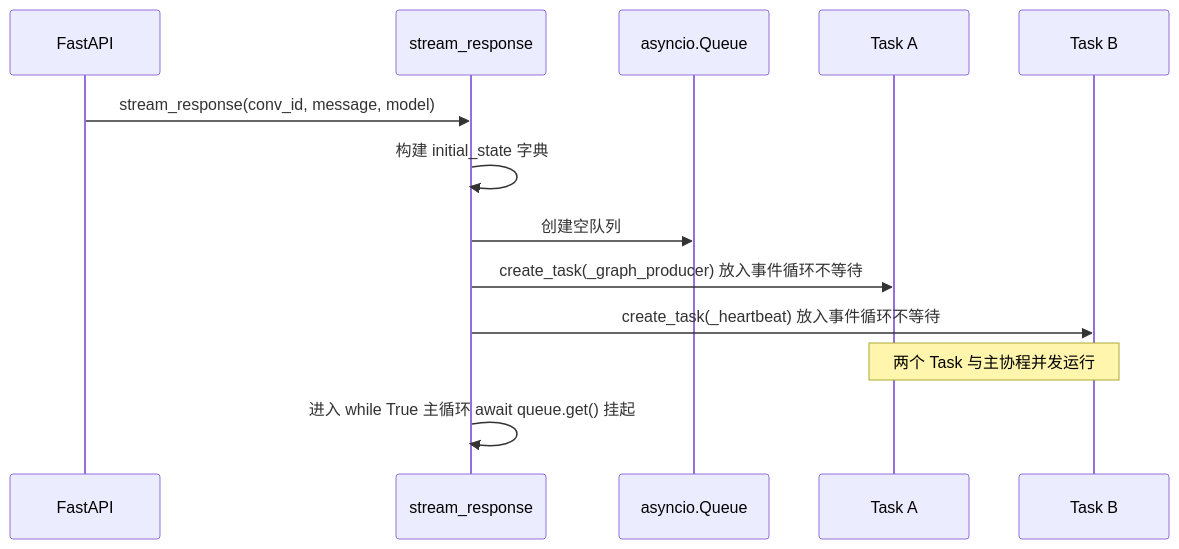
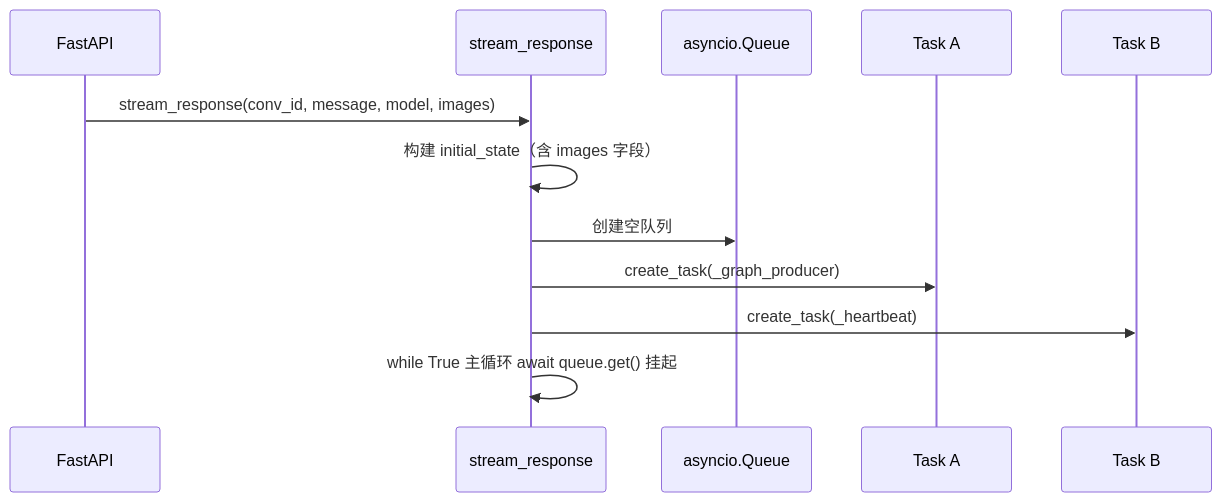
One commit to toolclub/wechat changed the seventh of 13 diagrams in llm-chat/backend/README.md. Above: the diagram before and after it, drawn with Mermaid. The commit also changed other lines of this file and 38 other files, not shown here.

````diff
--- a/llm-chat/backend/README.md
+++ b/llm-chat/backend/README.md
@@ -241,16 +265,15 @@
 ```mermaid
 sequenceDiagram
     participant FA as FastAPI
     participant SR as stream_response
     participant Q  as asyncio.Queue
     participant GA as Task A
     participant HB as Task B
 
-    FA->>SR: stream_response(conv_id, message, model)
-    SR->>SR: 构建 initial_state 字典
+    FA->>SR: stream_response(conv_id, message, model, images)
+    SR->>SR: 构建 initial_state（含 images 字段）
     SR->>Q: 创建空队列
-    SR->>GA: create_task(_graph_producer) 放入事件循环不等待
-    SR->>HB: create_task(_heartbeat) 放入事件循环不等待
-    Note over GA,HB: 两个 Task 与主协程并发运行
-    SR->>SR: 进入 while True 主循环 await queue.get() 挂起
+    SR->>GA: create_task(_graph_producer)
+    SR->>HB: create_task(_heartbeat)
+    SR->>SR: while True 主循环 await queue.get() 挂起
 ```
````
